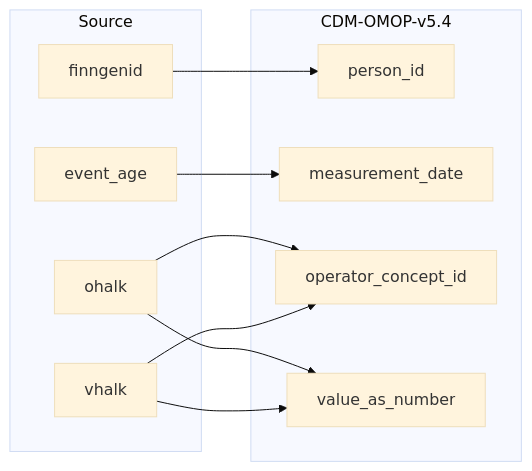
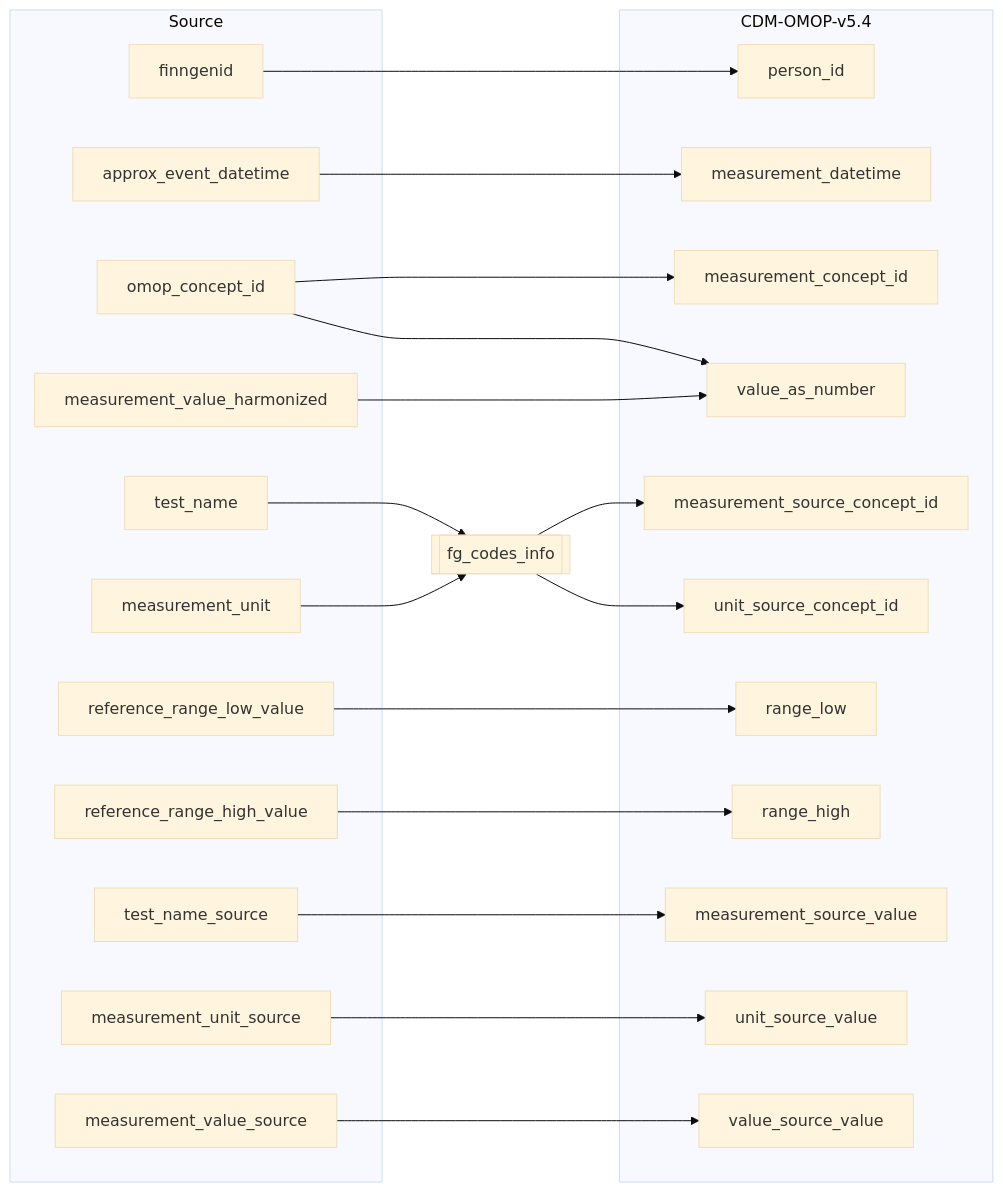
Before and after one commit to FINNGEN/ETL: the diagram in 2_etl_specifications/documentation/kanta_to_measurement.md, drawn with Mermaid. The commit also changed other lines of this file and 11 other files, not shown here.

````diff
--- a/2_etl_specifications/documentation/kanta_to_measurement.md
+++ b/2_etl_specifications/documentation/kanta_to_measurement.md
@@ -10,27 +10,53 @@
 ```mermaid
 %%{init: {'theme': 'base' } }%%
 %%{init: {'theme': 'base' } }%%
 flowchart LR
     subgraph Source
         finngenid
-        event_age
-        ohalk
-        vhalk
+        approx_event_datetime
+        omop_concept_id
+        measurement_value_harmonized
+        reference_range_low_value
+        reference_range_high_value
+        test_name
+        measurement_unit
+        test_name_source
+        measurement_unit_source
+        measurement_value_source
     end
+
+    fg_codes_info[[fg_codes_info]]
 
     subgraph CDM-OMOP-v5.4
         person_id
-        measurement_date
-        operator_concept_id
+        measurement_datetime
+        measurement_concept_id        
         value_as_number
+        measurement_source_concept_id
+        unit_source_concept_id        
+        range_low
+        range_high
+        measurement_source_value
+        unit_source_value
+        value_source_value
     end
 
+    finngenid-->person_id
+    approx_event_datetime-->measurement_datetime
 
-    finngenid-->person_id
-    event_age-->measurement_date
-    ohalk-->operator_concept_id
-    ohalk-->value_as_number
-    vhalk-->operator_concept_id
-    vhalk-->value_as_number
+    omop_concept_id-->measurement_concept_id
+    omop_concept_id-->value_as_number
+    measurement_value_harmonized-->value_as_number
+    reference_range_low_value-->range_low
+    reference_range_high_value-->range_high
+
+    test_name-->fg_codes_info
+    measurement_unit-->fg_codes_info
+    fg_codes_info-->measurement_source_concept_id
+    fg_codes_info-->unit_source_concept_id
+
+    test_name_source-->measurement_source_value
+    measurement_unit_source-->unit_source_value
+    measurement_value_source-->value_source_value
 
 ```
````
